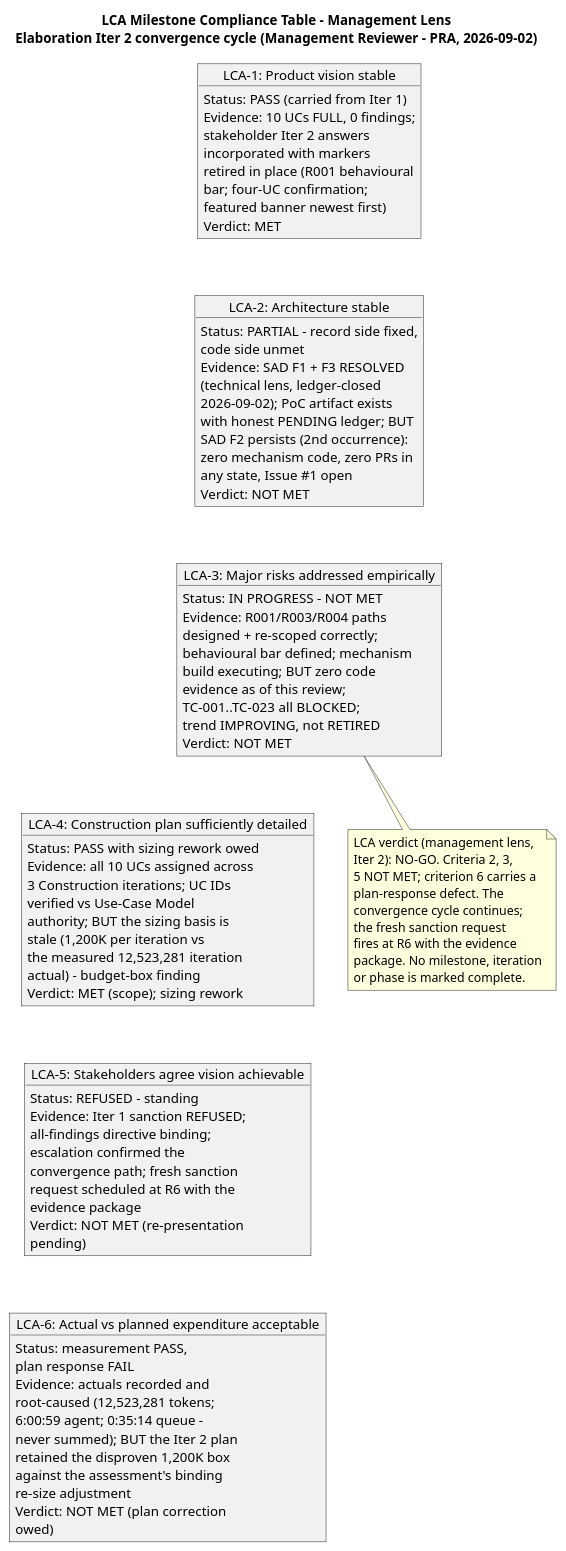
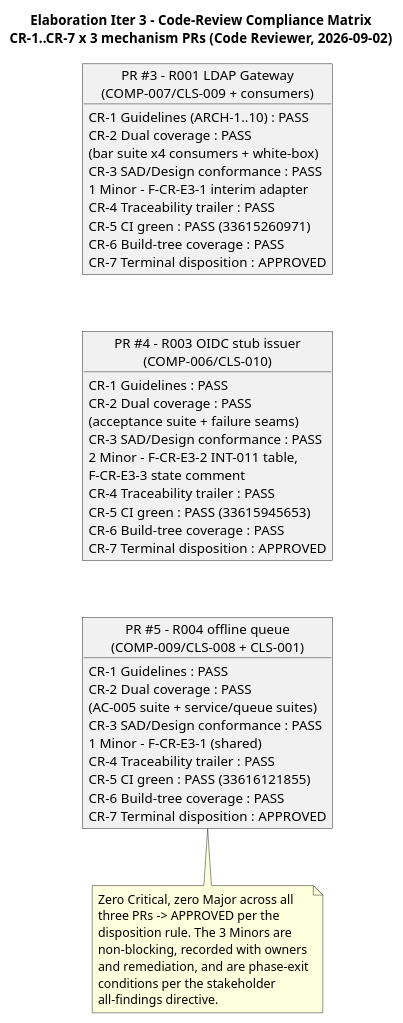
The tenth of 25 diagrams in docs/artifacts/project-management/review-record.md (banense-test/employee-portal), drawn with PlantUML before and after one commit. The commit also changed other lines of this file, not shown here.

First line of the commit message:
Code Reviewer [E3]: upsert Review Record

````diff
--- a/docs/artifacts/project-management/review-record.md
+++ b/docs/artifacts/project-management/review-record.md
@@ -919,92 +642,52 @@
 ```plantuml
 @startuml
-title LCA Milestone Compliance Table - Management Lens\nElaboration Iter 2 convergence cycle (Management Reviewer - PRA, 2026-09-02)
+title Elaboration Iter 3 - Code-Review Compliance Matrix\nCR-1..CR-7 x 3 mechanism PRs (Code Reviewer, 2026-09-02)
 
-object "LCA-1: Product vision stable" as C1 {
-  Status: PASS (carried from Iter 1)
-  Evidence: 10 UCs FULL, 0 findings;
-  stakeholder Iter 2 answers
-  incorporated with markers
-  retired in place (R001 behavioural
-  bar; four-UC confirmation;
-  featured banner newest first)
-  Verdict: MET
+object "PR #3 - R001 LDAP Gateway\n(COMP-007/CLS-009 + consumers)" as P3 {
+  CR-1 Guidelines (ARCH-1..10) : PASS
+  CR-2 Dual coverage : PASS
+  (bar suite x4 consumers + white-box)
+  CR-3 SAD/Design conformance : PASS
+  1 Minor - F-CR-E3-1 interim adapter
+  CR-4 Traceability trailer : PASS
+  CR-5 CI green : PASS (33615260971)
+  CR-6 Build-tree coverage : PASS
+  CR-7 Terminal disposition : APPROVED
 }
-object "LCA-2: Architecture stable" as C2 {
-  Status: PARTIAL - record side fixed,
-  code side unmet
-  Evidence: SAD F1 + F3 RESOLVED
-  (technical lens, ledger-closed
-  2026-09-02); PoC artifact exists
-  with honest PENDING ledger; BUT
-  SAD F2 persists (2nd occurrence):
-  zero mechanism code, zero PRs in
-  any state, Issue #1 open
-  Verdict: NOT MET
+object "PR #4 - R003 OIDC stub issuer\n(COMP-006/CLS-010)" as P4 {
+  CR-1 Guidelines : PASS
+  CR-2 Dual coverage : PASS
+  (acceptance suite + failure seams)
+  CR-3 SAD/Design conformance : PASS
+  2 Minor - F-CR-E3-2 INT-011 table,
+  F-CR-E3-3 state comment
+  CR-4 Traceability trailer : PASS
+  CR-5 CI green : PASS (33615945653)
+  CR-6 Build-tree coverage : PASS
+  CR-7 Terminal disposition : APPROVED
 }
-object "LCA-3: Major risks addressed empirically" as C3 {
-  Status: IN PROGRESS - NOT MET
-  Evidence: R001/R003/R004 paths
-  designed + re-scoped correctly;
-  behavioural bar defined; mechanism
-  build executing; BUT zero code
-  evidence as of this review;
-  TC-001..TC-023 all BLOCKED;
-  trend IMPROVING, not RETIRED
-  Verdict: NOT MET
+object "PR #5 - R004 offline queue\n(COMP-009/CLS-008 + CLS-001)" as P5 {
+  CR-1 Guidelines : PASS
+  CR-2 Dual coverage : PASS
+  (AC-005 suite + service/queue suites)
+  CR-3 SAD/Design conformance : PASS
+  1 Minor - F-CR-E3-1 (shared)
+  CR-4 Traceability trailer : PASS
+  CR-5 CI green : PASS (33616121855)
+  CR-6 Build-tree coverage : PASS
+  CR-7 Terminal disposition : APPROVED
 }
-object "LCA-4: Construction plan sufficiently detailed" as C4 {
-  Status: PASS with sizing rework owed
-  Evidence: all 10 UCs assigned across
-  3 Construction iterations; UC IDs
-  verified vs Use-Case Model
-  authority; BUT the sizing basis is
-  stale (1,200K per iteration vs
-  the measured 12,523,281 iteration
-  actual) - budget-box finding
-  Verdict: MET (scope); sizing rework
-}
-object "LCA-5: Stakeholders agree vision achievable" as C5 {
-  Status: REFUSED - standing
-  Evidence: Iter 1 sanction REFUSED;
-  all-findings directive binding;
-  escalation confirmed the
-  convergence path; fresh sanction
-  request scheduled at R6 with the
-  evidence package
-  Verdict: NOT MET (re-presentation
-  pending)
-}
-object "LCA-6: Actual vs planned expenditure acceptable" as C6 {
-  Status: measurement PASS,
-  plan response FAIL
-  Evidence: actuals recorded and
-  root-caused (12,523,281 tokens;
-  6:00:59 agent; 0:35:14 queue -
-  never summed); BUT the Iter 2 plan
-  retained the disproven 1,200K box
-  against the assessment's binding
-  re-size adjustment
-  Verdict: NOT MET (plan correction
-  owed)
-}
+P3 -[hidden]-> P4
+P4 -[hidden]-> P5
 
-C1 -[hidden]-> C2
-C2 -[hidden]-> C3
-C3 -[hidden]-> C4
-C4 -[hidden]-> C5
-C5 -[hidden]-> C6
-
-note bottom of C3
-  LCA verdict (management lens,
-  Iter 2): NO-GO. Criteria 2, 3,
-  5 NOT MET; criterion 6 carries a
-  plan-response defect. The
-  convergence cycle continues;
-  the fresh sanction request
-  fires at R6 with the evidence
-  package. No milestone, iteration
-  or phase is marked complete.
+note bottom of P5
+  Zero Critical, zero Major across all
+  three PRs -> APPROVED per the
+  disposition rule. The 3 Minors are
+  non-blocking, recorded with owners
+  and remediation, and are phase-exit
+  conditions per the stakeholder
+  all-findings directive.
 end note
 @enduml
 ```
````
